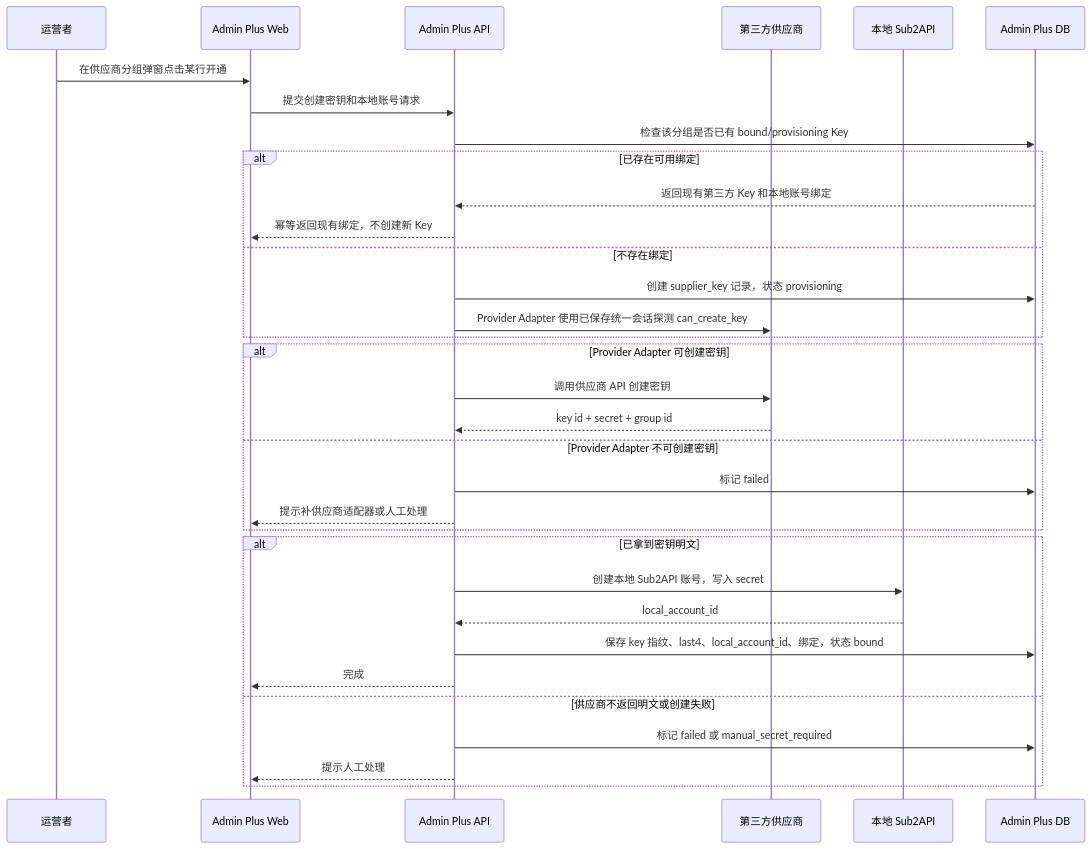
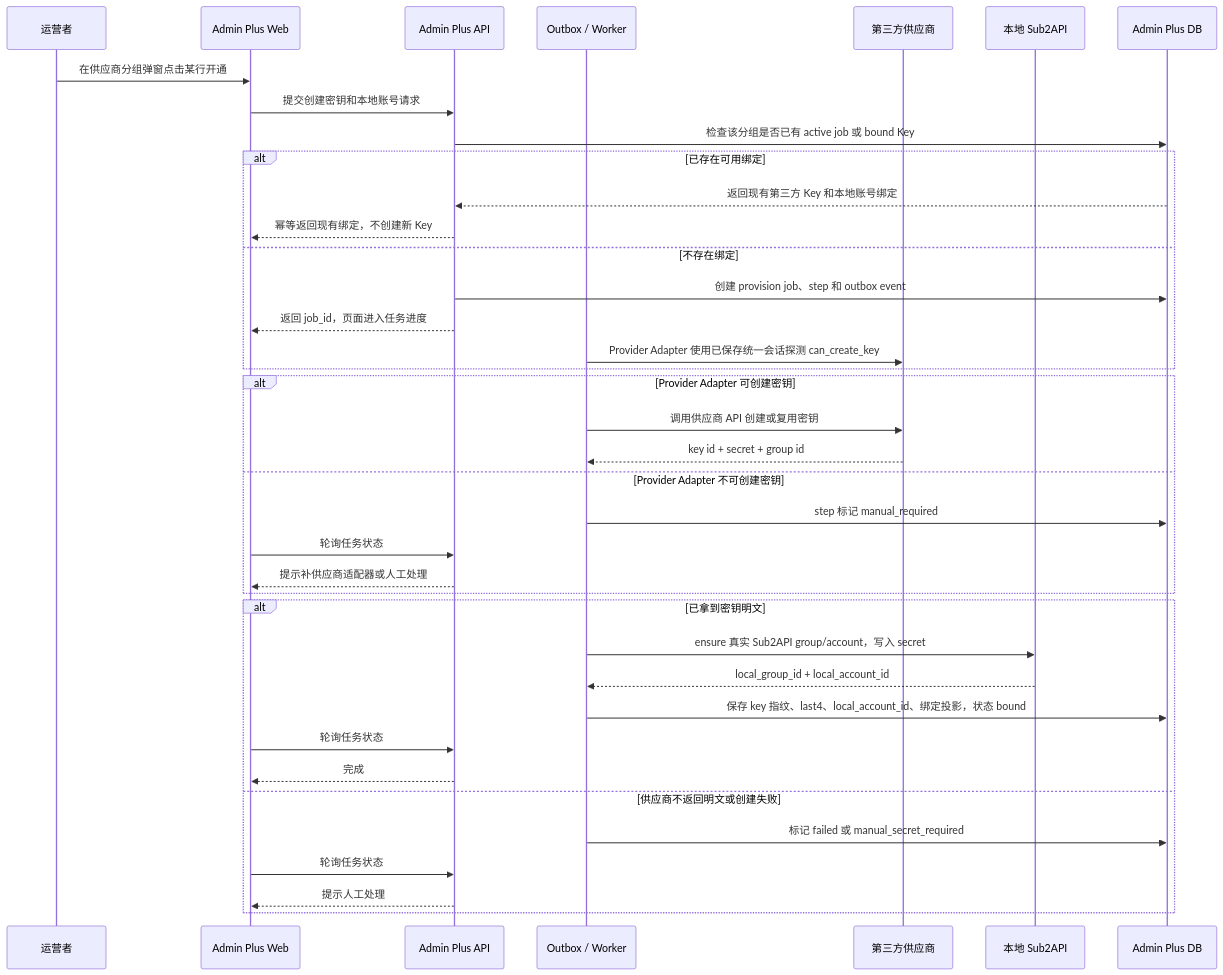
One commit to openrelayllm/superllm changed the eighth of 20 diagrams in docs/roadmap/accounts/README.md. Above: the diagram before and after it, drawn with Mermaid. The commit also changed other lines of this file and 147 other files, not shown here.

````diff
--- a/docs/roadmap/accounts/README.md
+++ b/docs/roadmap/accounts/README.md
@@ -349,36 +363,41 @@
 ```mermaid
 sequenceDiagram
   participant O as 运营者
   participant W as Admin Plus Web
   participant A as Admin Plus API
+  participant Q as Outbox / Worker
   participant S as 第三方供应商
   participant L as 本地 Sub2API
   participant D as Admin Plus DB
 
   O->>W: 在供应商分组弹窗点击某行开通
   W->>A: 提交创建密钥和本地账号请求
-  A->>D: 检查该分组是否已有 bound/provisioning Key
+  A->>D: 检查该分组是否已有 active job 或 bound Key
   alt 已存在可用绑定
     D-->>A: 返回现有第三方 Key 和本地账号绑定
     A-->>W: 幂等返回现有绑定，不创建新 Key
   else 不存在绑定
-    A->>D: 创建 supplier_key 记录，状态 provisioning
-    A->>S: Provider Adapter 使用已保存统一会话探测 can_create_key
+    A->>D: 创建 provision job、step 和 outbox event
+    A-->>W: 返回 job_id，页面进入任务进度
+    Q->>S: Provider Adapter 使用已保存统一会话探测 can_create_key
   end
   alt Provider Adapter 可创建密钥
-    A->>S: 调用供应商 API 创建密钥
-    S-->>A: key id + secret + group id
+    Q->>S: 调用供应商 API 创建或复用密钥
+    S-->>Q: key id + secret + group id
   else Provider Adapter 不可创建密钥
-    A->>D: 标记 failed
+    Q->>D: step 标记 manual_required
+    W->>A: 轮询任务状态
     A-->>W: 提示补供应商适配器或人工处理
   end
   alt 已拿到密钥明文
-    A->>L: 创建本地 Sub2API 账号，写入 secret
-    L-->>A: local_account_id
-    A->>D: 保存 key 指纹、last4、local_account_id、绑定，状态 bound
+    Q->>L: ensure 真实 Sub2API group/account，写入 secret
+    L-->>Q: local_group_id + local_account_id
+    Q->>D: 保存 key 指纹、last4、local_account_id、绑定投影，状态 bound
+    W->>A: 轮询任务状态
     A-->>W: 完成
   else 供应商不返回明文或创建失败
-    A->>D: 标记 failed 或 manual_secret_required
+    Q->>D: 标记 failed 或 manual_secret_required
+    W->>A: 轮询任务状态
     A-->>W: 提示人工处理
   end
 ```
````
